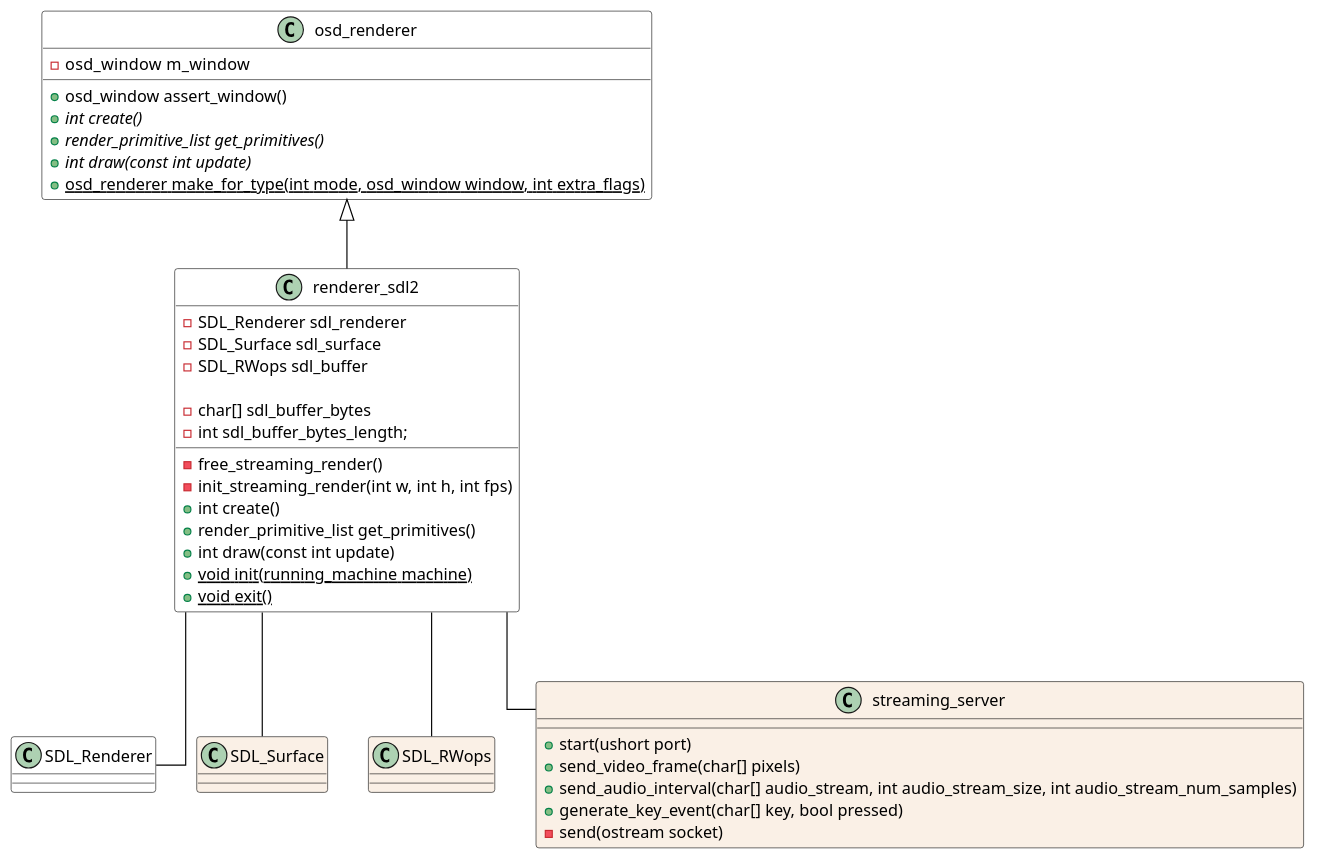
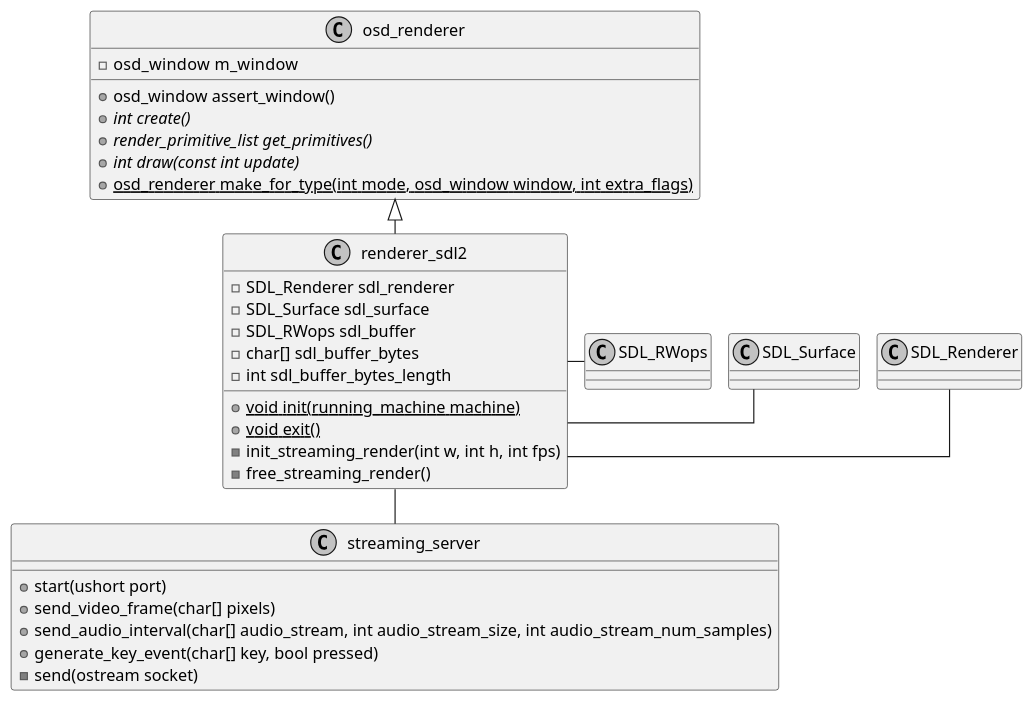
The diagram in Streaming/UML/class_rendering_streaming.puml (mikymaione/MAMEStreamingPlatform), drawn with PlantUML before and after one commit. The commit also changed 2 other files, not shown here.

Commit message:
uml cattura video

```diff
--- a/Streaming/UML/class_rendering_streaming.puml
+++ b/Streaming/UML/class_rendering_streaming.puml
@@ -1,54 +1,44 @@
 @startuml
 skinparam Shadowing false
 skinparam LineType ortho
-skinparam ArrowColor black
-
-skinparam class {
-    BackgroundColor white
-    BorderColor black
-}
+skinparam nodesep 15
+skinparam ranksep 30
+skinparam monochrome true
 
 class renderer_sdl2 extends osd_renderer {
-	-free_streaming_render()
-	-init_streaming_render(int w, int h, int fps)
-	
 	-SDL_Renderer sdl_renderer
 	-SDL_Surface sdl_surface
 	-SDL_RWops sdl_buffer
-
 	-char[] sdl_buffer_bytes
-	-int sdl_buffer_bytes_length;
-	
-	+int create()
-	+render_primitive_list get_primitives()    
-	+int draw(const int update)
+	-int sdl_buffer_bytes_length
 	{static} +void init(running_machine machine)
 	{static} +void exit()
+	-init_streaming_render(int w, int h, int fps)
+	-free_streaming_render()
 }
 
-renderer_sdl2 -- SDL_Renderer
-renderer_sdl2 -- SDL_Surface
-renderer_sdl2 -- SDL_RWops
-renderer_sdl2 -- streaming_server
+renderer_sdl2 -r- SDL_Renderer
+renderer_sdl2 -r- SDL_Surface
+renderer_sdl2 -r- SDL_RWops
+renderer_sdl2 -d- streaming_server
 
 class streaming_server #Linen {
 	+start(ushort port)
 	+send_video_frame(char[] pixels)
 	+send_audio_interval(char[] audio_stream, int audio_stream_size, int audio_stream_num_samples)
 	+generate_key_event(char[] key, bool pressed)
 	-send(ostream socket)
 }
 
 class osd_renderer {
 	-osd_window  m_window
 	+osd_window assert_window()
 	{abstract} +int create()
 	{abstract} +render_primitive_list get_primitives()
 	{abstract} +int draw(const int update)
 	{static} +osd_renderer make_for_type(int mode, osd_window window, int extra_flags)
 }
 
 class SDL_Surface #Linen
 class SDL_RWops #Linen
-
 @enduml
```
